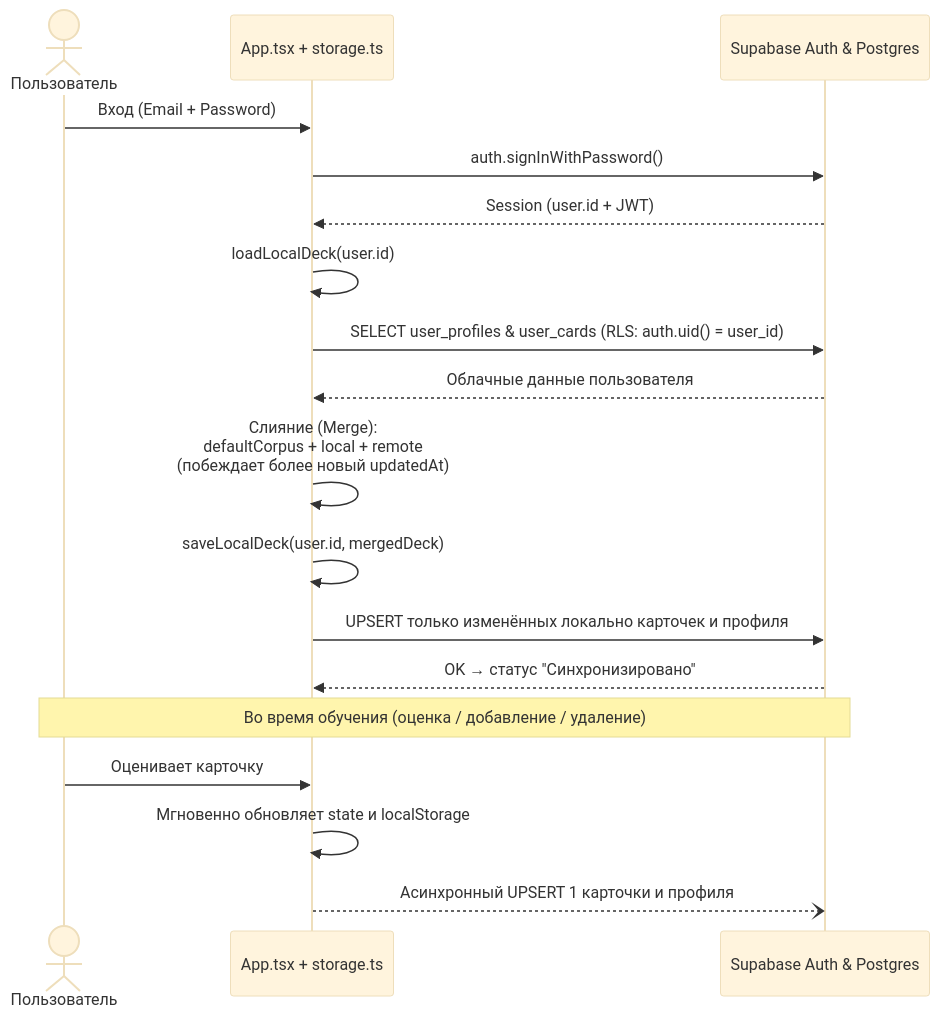
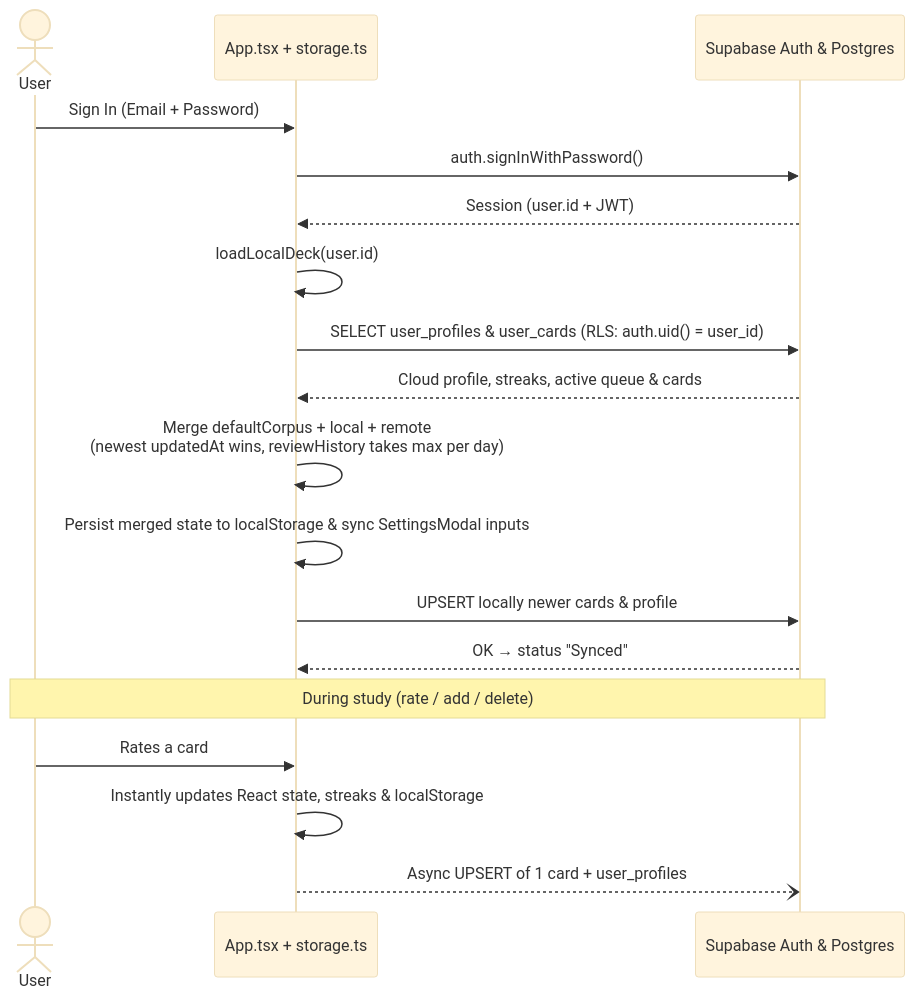
The fourth of 5 diagrams in ARCHITECTURE.md (an2ancan/anki), drawn with Mermaid (base theme) before and after one commit. The commit also changed other lines of this file and 1 other file, not shown here.

Commit message:
feat: update SettingsModal to reset input fields for daily limit and max active unknown on open

````diff
--- a/ARCHITECTURE.md
+++ b/ARCHITECTURE.md
@@ -207,24 +206,24 @@
 ```mermaid
 sequenceDiagram
-  actor User as Пользователь
+  actor User
   participant App as App.tsx + storage.ts
   participant Supa as Supabase Auth & Postgres
 
-  User->>App: Вход (Email + Password)
+  User->>App: Sign In (Email + Password)
   App->>Supa: auth.signInWithPassword()
   Supa-->>App: Session (user.id + JWT)
   App->>App: loadLocalDeck(user.id)
 
   App->>Supa: SELECT user_profiles & user_cards (RLS: auth.uid() = user_id)
-  Supa-->>App: Облачные данные пользователя
+  Supa-->>App: Cloud profile, streaks, active queue & cards
 
-  App->>App: Слияние (Merge):<br/>defaultCorpus + local + remote<br/>(побеждает более новый updatedAt)
-  App->>App: saveLocalDeck(user.id, mergedDeck)
-  App->>Supa: UPSERT только изменённых локально карточек и профиля
-  Supa-->>App: OK → статус "Синхронизировано"
+  App->>App: Merge defaultCorpus + local + remote<br/>(newest updatedAt wins, reviewHistory takes max per day)
+  App->>App: Persist merged state to localStorage & sync SettingsModal inputs
+  App->>Supa: UPSERT locally newer cards & profile
+  Supa-->>App: OK → status "Synced"
 
-  Note over User,Supa: Во время обучения (оценка / добавление / удаление)
-  User->>App: Оценивает карточку
-  App->>App: Мгновенно обновляет state и localStorage
-  App--)Supa: Асинхронный UPSERT 1 карточки и профиля
+  Note over User,Supa: During study (rate / add / delete)
+  User->>App: Rates a card
+  App->>App: Instantly updates React state, streaks & localStorage
+  App--)Supa: Async UPSERT of 1 card + user_profiles
 ```
````
